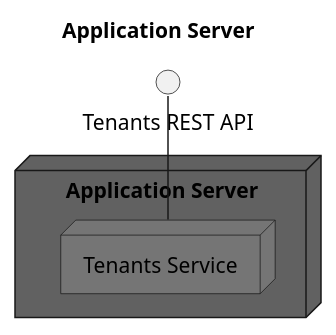
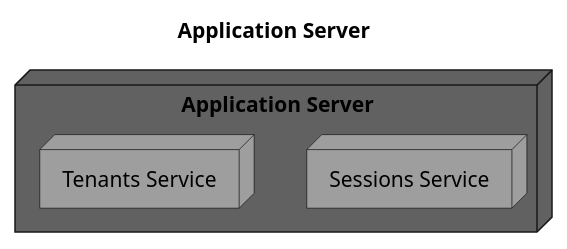
One commit to hdml-github/hdml-github.github.io changed the second of 5 diagrams in puml/general.puml. Above: the diagram before and after it, drawn with PlantUML. The commit also changed other lines of this file and 4 other files, not shown here.

```diff
--- a/puml/general.puml
+++ b/puml/general.puml
@@ -54,10 +57,8 @@
 @startuml application
   title Application Server
 
-  interface "Tenants REST API" as Tenants_REST_API
-
   node "Application Server" as Application_Server #616161 {
-    node "Tenants Service" as Tenants_Service [[./tenants.svg]] #757575
-    Tenants_REST_API -- Tenants_Service
+    node "Sessions Service" as Sessions_Service [[./sessions.svg]] #9e9e9e
+    node "Tenants Service" as Tenants_Service [[./tenants.svg]] #9e9e9e
   }
 @enduml
```
